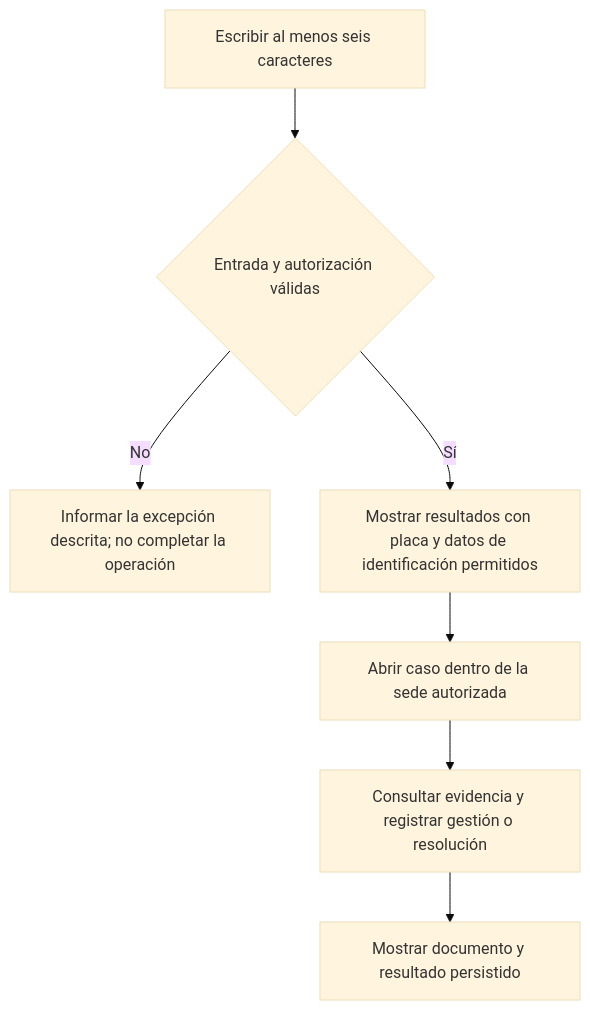
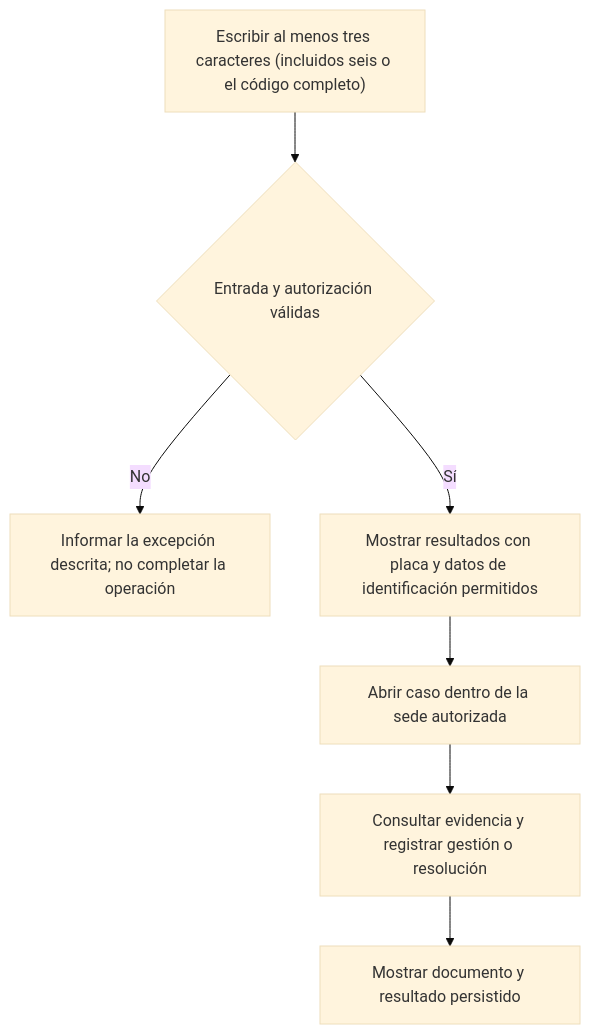
One commit to EMETRA/Sistema-tickets changed diagram 21 of 21 in casos-de uso.md. Above: the diagram before and after it, drawn with Mermaid (base theme). The commit also changed other lines of this file and 2 other files, not shown here.

````diff
--- a/casos-de uso.md
+++ b/casos-de uso.md
@@ -1192,15 +1192,15 @@
 ```mermaid
 flowchart TD
-  inicio["Escribir al menos seis caracteres"]
+  inicio["Escribir al menos tres caracteres (incluidos seis o el código completo)"]
   control{"Entrada y autorización válidas"}
   inicio --> control
   control -->|No| rechazo["Informar la excepción descrita; no completar la operación"]
   paso1["Mostrar resultados con placa y datos de identificación permitidos"]
   control -->|Sí| paso1
   paso2["Abrir caso dentro de la sede autorizada"]
   paso1 --> paso2
   paso3["Consultar evidencia y registrar gestión o resolución"]
   paso2 --> paso3
   paso4["Mostrar documento y resultado persistido"]
   paso3 --> paso4
 ```
````
